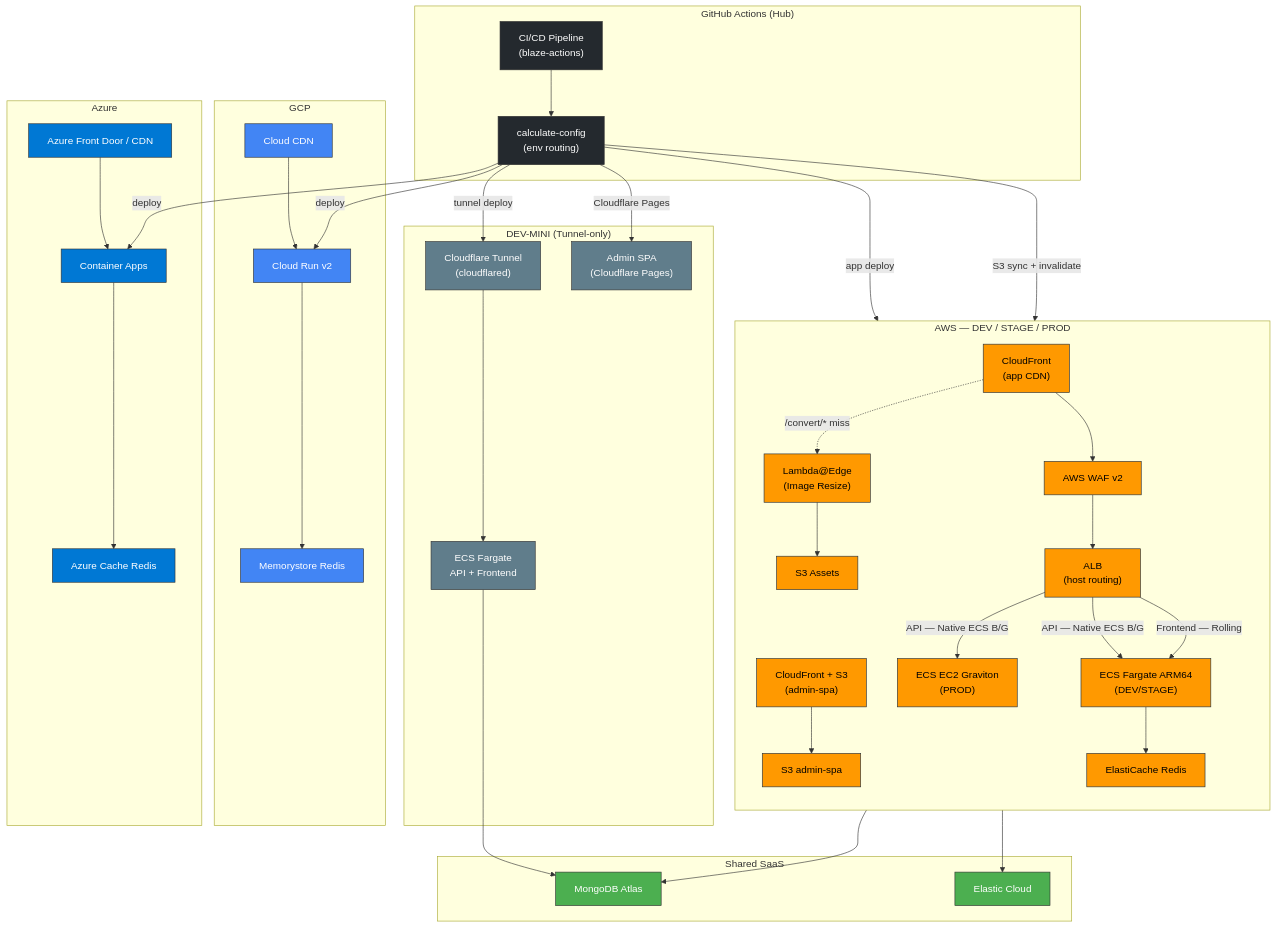
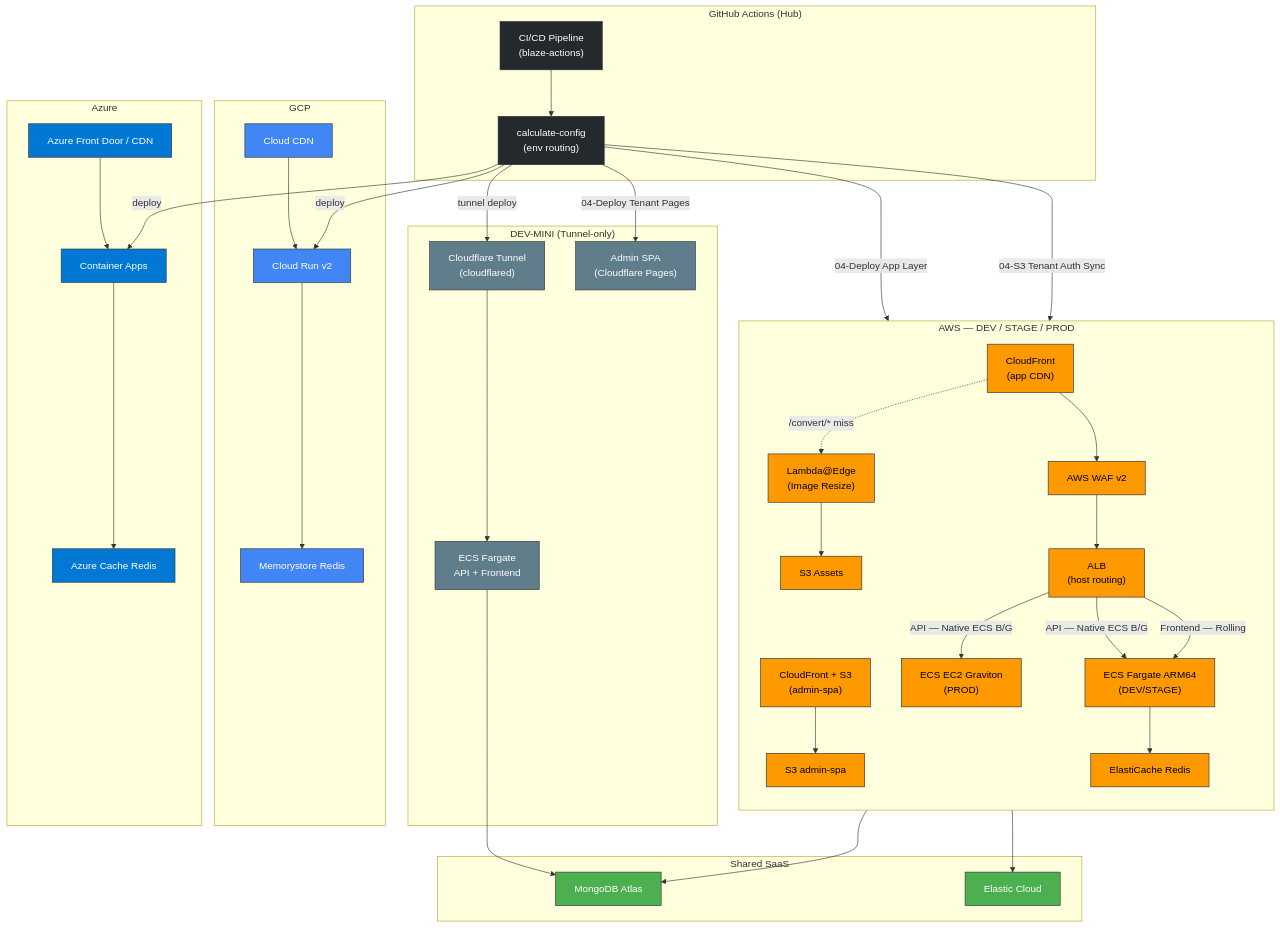
Before and after one commit to thisisblaze/blaze-actions: the diagram in docs/graphs/multi_cloud_topology.mermaid, drawn with Mermaid.

Commit message:
chore: diagram sync — force 04 orchestrator labels in multi cloud topology

```diff
--- a/docs/graphs/multi_cloud_topology.mermaid
+++ b/docs/graphs/multi_cloud_topology.mermaid
@@ -1,89 +1,90 @@
-%% Blaze Multi-Cloud Topology — Updated 2026-02-27
+%% Blaze Multi-Cloud Topology — Updated 2026-04-16
+%% Status: SCALED (Multi-Tenant V2) — Enforcing Pillar 1 Foundation and Pillar 2 Tenant layers.
 %% DEV-MINI: Cloudflare Tunnel only (Admin on Cloudflare Pages)
 %% DEV / STAGE / PROD: Full AWS stack (CloudFront + ALB + ECS, Admin on CloudFront+S3)
 
 graph TB
     subgraph GH["GitHub Actions (Hub)"]
         CI["CI/CD Pipeline\n(blaze-actions)"]
         CALC["calculate-config\n(env routing)"]
         CI --> CALC
     end
 
     subgraph DEVMINI["DEV-MINI (Tunnel-only)"]
         CF_TUNNEL["Cloudflare Tunnel\n(cloudflared)"]
         CF_ADMIN["Admin SPA\n(Cloudflare Pages)"]
         ECS_MINI["ECS Fargate\nAPI + Frontend"]
         CF_TUNNEL --> ECS_MINI
     end
 
     subgraph AWS["AWS — DEV / STAGE / PROD"]
         direction TB
         AWS_CF["CloudFront\n(app CDN)"]
         AWS_ADMIN_CF["CloudFront + S3\n(admin-spa)"]
         AWS_LE["Lambda@Edge\n(Image Resize)"]
         AWS_WAF["AWS WAF v2"]
         AWS_ALB["ALB\n(host routing)"]
         AWS_FARGATE["ECS Fargate ARM64\n(DEV/STAGE)"]
         AWS_EC2["ECS EC2 Graviton\n(PROD)"]
         AWS_REDIS["ElastiCache Redis"]
         AWS_S3_ASSETS["S3 Assets"]
         AWS_S3_ADMIN["S3 admin-spa"]
 
         AWS_CF --> AWS_WAF
         AWS_CF -.->|"/convert/* miss"| AWS_LE
         AWS_LE --> AWS_S3_ASSETS
         AWS_WAF --> AWS_ALB
         AWS_ALB -->|"API — Native ECS B/G"| AWS_FARGATE
         AWS_ALB -->|"API — Native ECS B/G"| AWS_EC2
         AWS_ALB -->|"Frontend — Rolling"| AWS_FARGATE
         AWS_ADMIN_CF --> AWS_S3_ADMIN
         AWS_FARGATE --> AWS_REDIS
     end
 
     subgraph GCP["GCP"]
         GCP_RUN["Cloud Run v2"]
         GCP_CDN["Cloud CDN"]
         GCP_MEM["Memorystore Redis"]
         GCP_CDN --> GCP_RUN
         GCP_RUN --> GCP_MEM
     end
 
     subgraph Azure["Azure"]
         AZ_ACA["Container Apps"]
         AZ_CDN["Azure Front Door / CDN"]
         AZ_REDIS["Azure Cache Redis"]
         AZ_CDN --> AZ_ACA
         AZ_ACA --> AZ_REDIS
     end
 
     subgraph SaaS["Shared SaaS"]
         MONGO["MongoDB Atlas"]
         ELASTIC["Elastic Cloud"]
     end
 
-    %% CI deploys to each env
+    %% V2 Tenant Orchestrators route to specific execution layers
     CALC -->|"tunnel deploy"| CF_TUNNEL
-    CALC -->|"Cloudflare Pages"| CF_ADMIN
-    CALC -->|"app deploy"| AWS_CF
-    CALC -->|"S3 sync + invalidate"| AWS_S3_ADMIN
+    CALC -->|"04-Deploy Tenant Pages"| CF_ADMIN
+    CALC -->|"04-Deploy App Layer"| AWS_CF
+    CALC -->|"04-S3 Tenant Auth Sync"| AWS_S3_ADMIN
     CALC -->|deploy| GCP_RUN
     CALC -->|deploy| AZ_ACA
 
     %% SaaS connections
     ECS_MINI --> MONGO
     AWS_FARGATE --> MONGO
     AWS_FARGATE --> ELASTIC
 
     classDef aws fill:#FF9900,stroke:#232F3E,color:#000;
     classDef gcp fill:#4285F4,stroke:#333,color:#fff;
     classDef azure fill:#0078D4,stroke:#333,color:#fff;
     classDef gh fill:#24292e,stroke:#333,color:#fff;
     classDef devmini fill:#607D8B,stroke:#333,color:#fff;
     classDef saas fill:#4CAF50,stroke:#333,color:#fff;
 
     class AWS_CF,AWS_ADMIN_CF,AWS_LE,AWS_WAF,AWS_ALB,AWS_FARGATE,AWS_EC2,AWS_REDIS,AWS_S3_ASSETS,AWS_S3_ADMIN aws;
     class GCP_RUN,GCP_CDN,GCP_MEM gcp;
     class AZ_ACA,AZ_CDN,AZ_REDIS azure;
     class CI,CALC gh;
     class CF_TUNNEL,CF_ADMIN,ECS_MINI devmini;
     class MONGO,ELASTIC saas;
```
